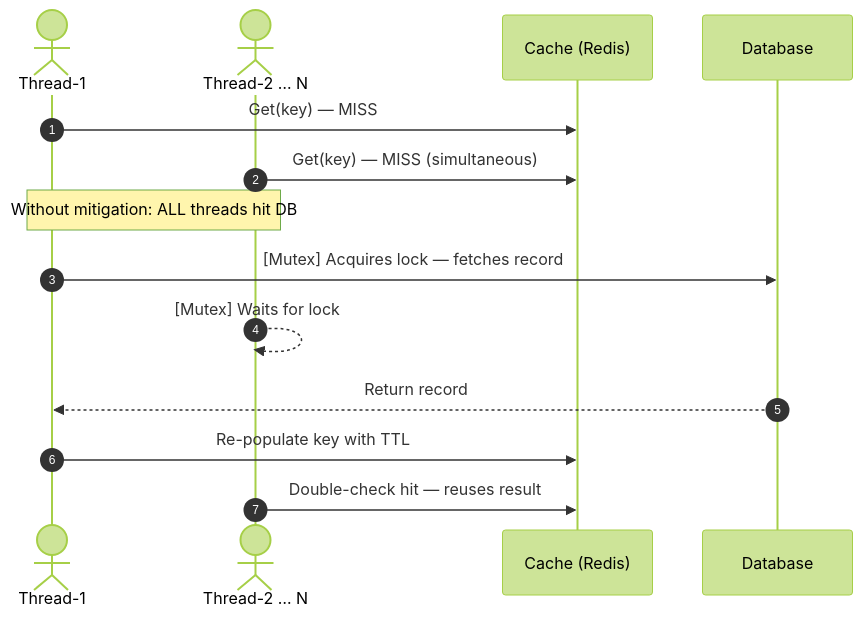
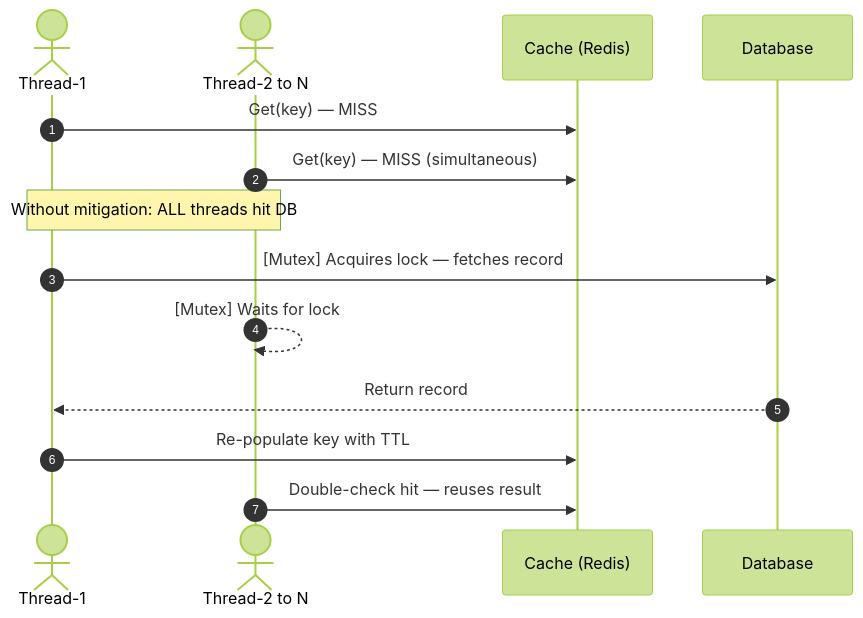
One commit to Jatinghataliya/caching-strategy changed the seventh of 10 diagrams in README.md. Above: the diagram before and after it, drawn with Mermaid (forest theme). The commit also changed other lines of this file, not shown here.

Commit message:
fix: correct invalid Mermaid syntax in failure mode diagrams
- Replace ellipsis character in actor label (Thread-2 ... N -> Thread-2 to N)
- Replace invalid -) async arrow with --> in sequence diagram (Stale Cache)

````diff
--- a/README.md
+++ b/README.md
@@ -210,17 +210,17 @@
 ```mermaid
 sequenceDiagram
     autonumber
     actor T1 as Thread-1
-    actor T2 as Thread-2 … N
+    actor T2 as Thread-2 to N
     participant Cache as Cache (Redis)
     participant DB as Database
 
     T1->>Cache: Get(key) — MISS
     T2->>Cache: Get(key) — MISS (simultaneous)
     Note over T1,T2: Without mitigation: ALL threads hit DB
     T1->>DB: [Mutex] Acquires lock — fetches record
     T2-->>T2: [Mutex] Waits for lock
     DB-->>T1: Return record
     T1->>Cache: Re-populate key with TTL
     T2->>Cache: Double-check hit — reuses result
 ```
````
